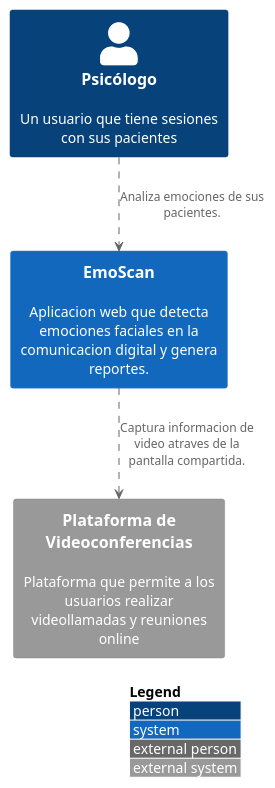
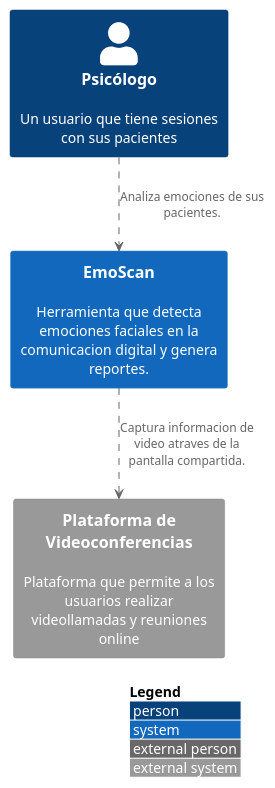
One commit to victor-villca/emoscan changed the diagram in docs/arquitecture/c1.puml. Above: the diagram before and after it, drawn with PlantUML. The commit also changed 3 other files, not shown here.

```diff
--- a/docs/arquitecture/c1.puml
+++ b/docs/arquitecture/c1.puml
@@ -1,15 +1,15 @@
 @startuml
 !includeurl https://raw.githubusercontent.com/plantuml-stdlib/C4-PlantUML/master/C4_Context.puml
 
 LAYOUT_WITH_LEGEND()
 
 Person(psychologist, "Psicólogo", "Un usuario que tiene sesiones con sus pacientes")
 
-System(emocan, "EmoScan", "Aplicacion web que detecta emociones faciales en la comunicacion digital y genera reportes.")
+System(emocan, "EmoScan", "Herramienta que detecta emociones faciales en la comunicacion digital y genera reportes.")
 System_Ext(meet, "Plataforma de Videoconferencias", "Plataforma que permite a los usuarios realizar videollamadas y reuniones online")
 
 
 ' Relaciones
 psychologist ..> emocan : Analiza emociones de sus pacientes.
 emocan ..> meet : Captura informacion de video atraves de la pantalla compartida.
 @enduml
```
